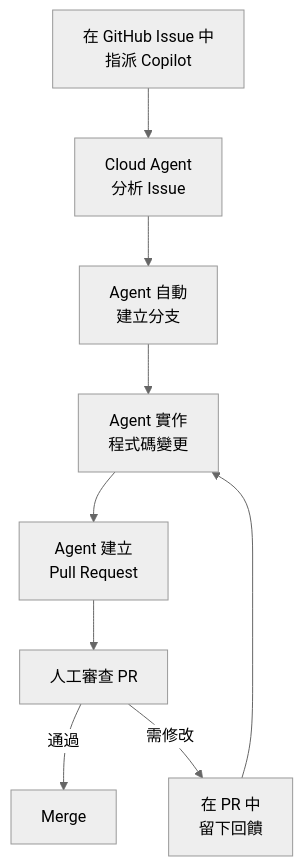
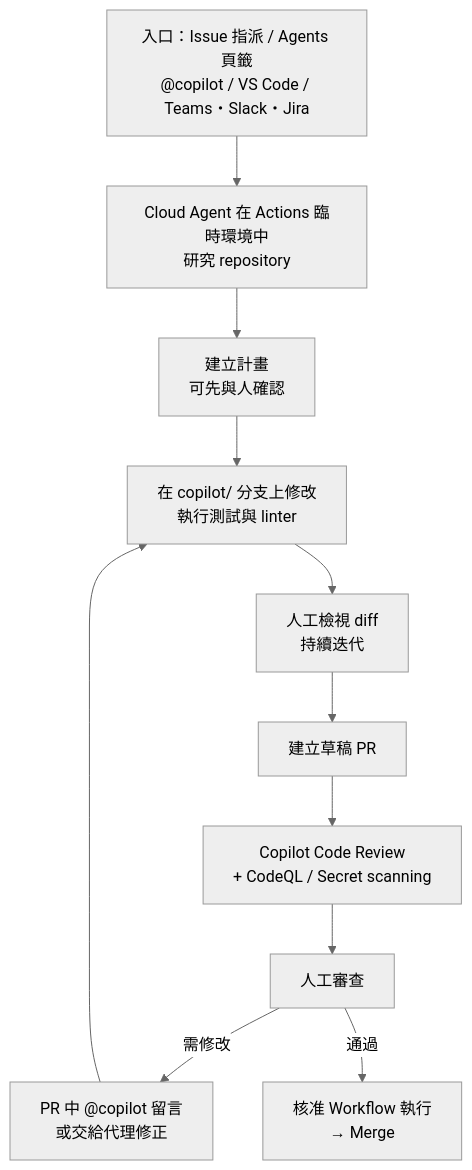
One commit to chihhung/Blog changed diagram 24 of 26 in content/posts/教學/AI開發/github copilot生態圈教學手冊.md. Above: the diagram before and after it, drawn with Mermaid (neutral theme). The commit also changed other lines of this file and 2 other files, not shown here.

````diff
--- a/content/posts/教學/AI開發/github copilot生態圈教學手冊.md
+++ b/content/posts/教學/AI開發/github copilot生態圈教學手冊.md
@@ -3609,11 +4884,13 @@
 ```mermaid
 flowchart TB
-    A[在 GitHub Issue 中<br/>指派 Copilot] --> B[Cloud Agent<br/>分析 Issue]
-    B --> C[Agent 自動<br/>建立分支]
-    C --> D[Agent 實作<br/>程式碼變更]
-    D --> E[Agent 建立<br/>Pull Request]
-    E --> F[人工審查 PR]
-    F -->|通過| G[Merge]
-    F -->|需修改| H[在 PR 中<br/>留下回饋]
-    H --> D
+    A[入口：Issue 指派 / Agents 頁籤<br/>@copilot / VS Code / Teams・Slack・Jira] --> B[Cloud Agent 在 Actions 臨時環境中<br/>研究 repository]
+    B --> C[建立計畫<br/>可先與人確認]
+    C --> D[在 copilot/ 分支上修改<br/>執行測試與 linter]
+    D --> E[人工檢視 diff<br/>持續迭代]
+    E --> F[建立草稿 PR]
+    F --> G[Copilot Code Review<br/>+ CodeQL / Secret scanning]
+    G --> H[人工審查]
+    H -->|需修改| I[PR 中 @copilot 留言<br/>或交給代理修正]
+    I --> D
+    H -->|通過| J[核准 Workflow 執行<br/>→ Merge]
 ```
````
